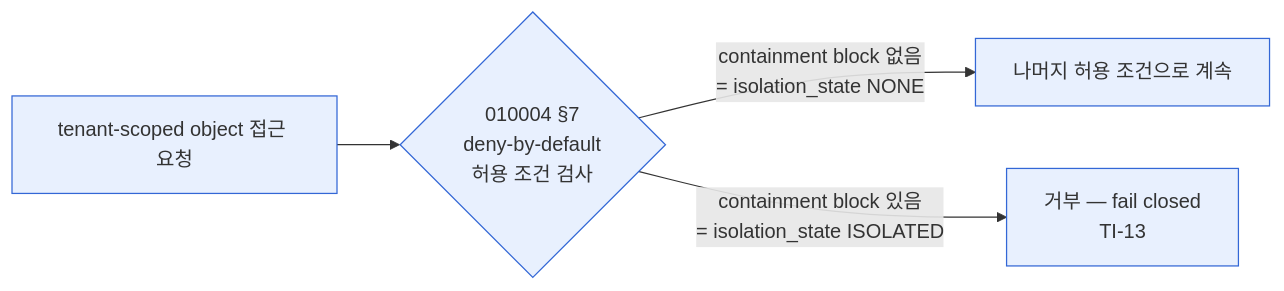
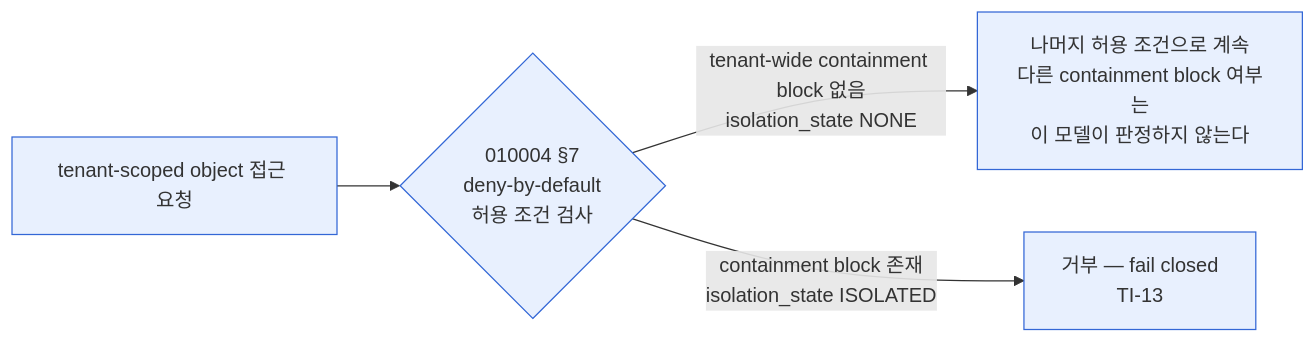
Before and after one commit to mirunubi/yoonsul_wait_order_handoff: the fourth of 8 diagrams in docs/600000_implementation_lifecycle/601900_tenant_isolation_axis_v2/601905_Diagram_Tenant_Isolation_Axis_Model.md, drawn with Mermaid. The commit also changed other lines of this file and 1 other file, not shown here.

````diff
--- a/docs/600000_implementation_lifecycle/601900_tenant_isolation_axis_v2/601905_Diagram_Tenant_Isolation_Axis_Model.md
+++ b/docs/600000_implementation_lifecycle/601900_tenant_isolation_axis_v2/601905_Diagram_Tenant_Isolation_Axis_Model.md
@@ -234,9 +234,9 @@
 ```mermaid
 flowchart LR
   REQ2["tenant-scoped object 접근 요청"] --> CHK{"010004 §7<br/>deny-by-default<br/>허용 조건 검사"}
-  CHK -->|"containment block 없음<br/>= isolation_state NONE"| OK["나머지 허용 조건으로 계속"]
-  CHK -->|"containment block 있음<br/>= isolation_state ISOLATED"| NO["거부 — fail closed<br/>TI-13"]
+  CHK -->|"tenant-wide containment block 없음<br/>isolation_state NONE"| OK["나머지 허용 조건으로 계속<br/>다른 containment block 여부는<br/>이 모델이 판정하지 않는다"]
+  CHK -->|"containment block 존재<br/>isolation_state ISOLATED"| NO["거부 — fail closed<br/>TI-13"]
 
   classDef decided fill:#e8f0fe,stroke:#3367d6,stroke-width:1px
   class REQ2,CHK,OK,NO decided
 ```
````
